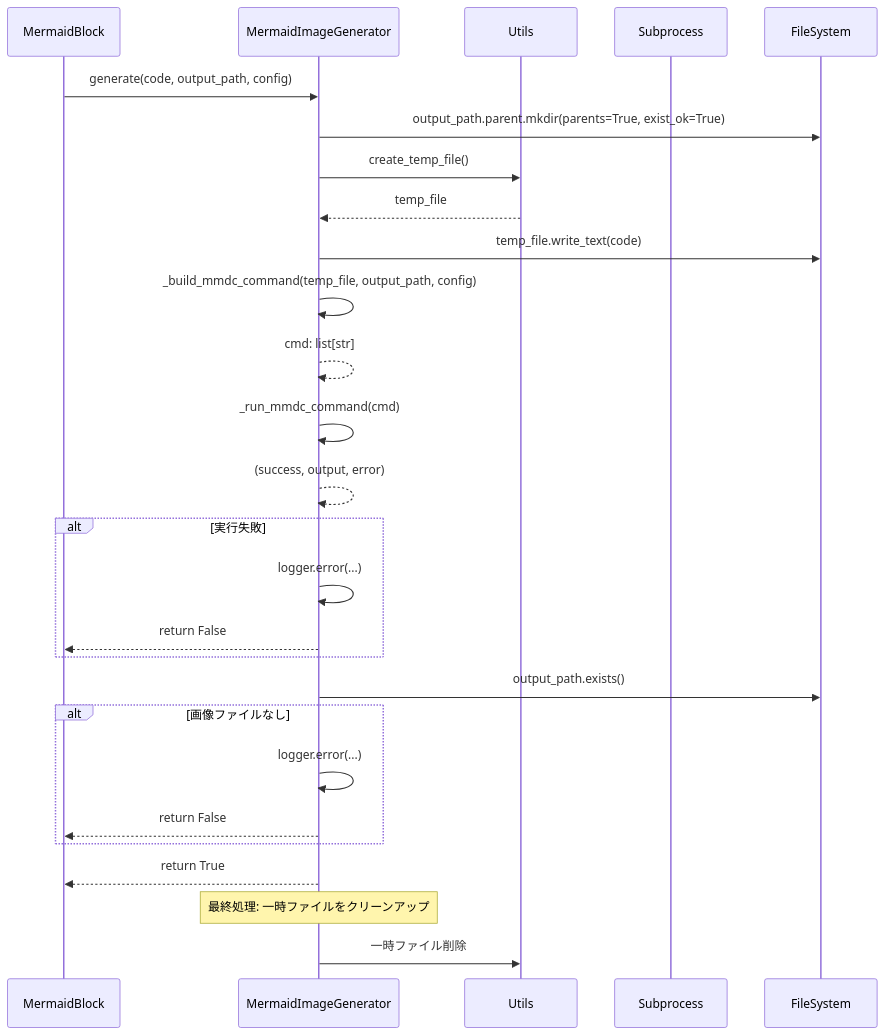
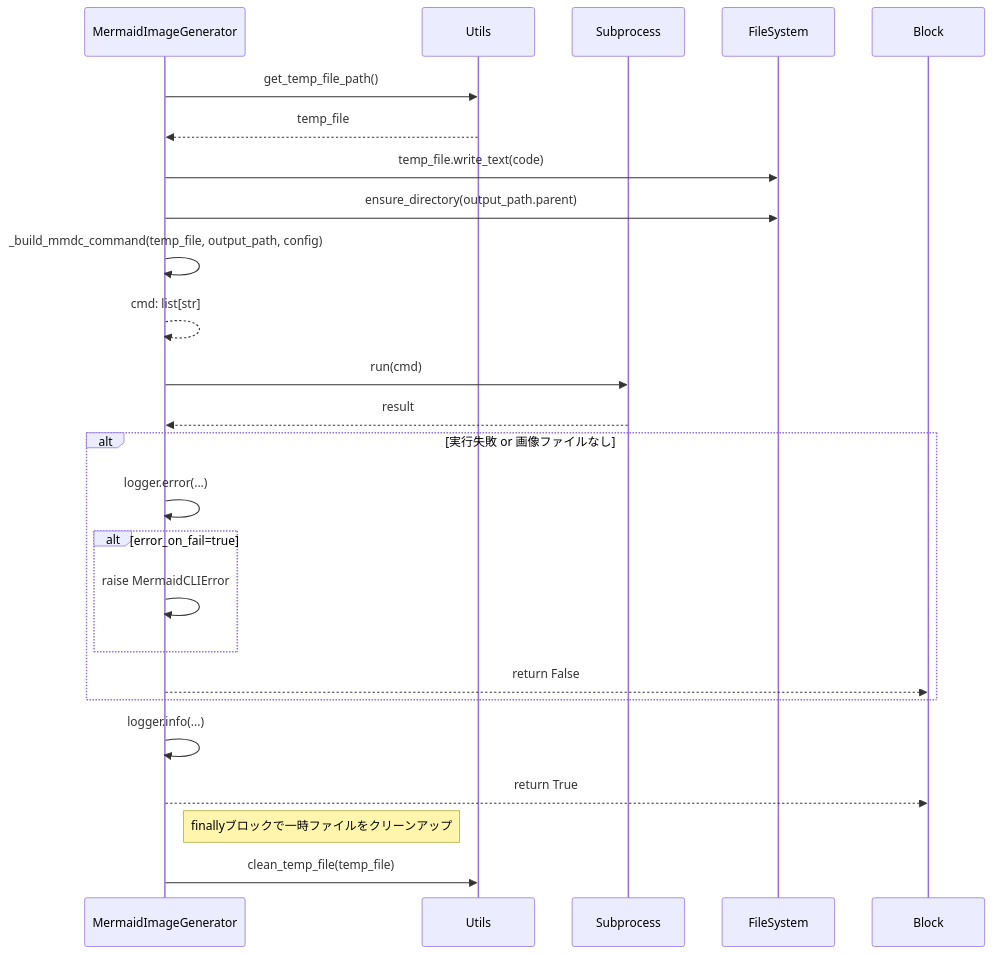
One commit to nuitsjp/mkdocs-mermaid-to-svg changed the sixth of 7 diagrams in docs/architecture.md. Above: the diagram before and after it, drawn with Mermaid. The commit also changed other lines of this file, not shown here.

````diff
--- a/docs/architecture.md
+++ b/docs/architecture.md
@@ -261,39 +264,34 @@
 ```mermaid
 sequenceDiagram
-    participant Block as MermaidBlock
     participant ImgGen as MermaidImageGenerator
     participant Utils
     participant Subprocess
     participant FileSystem
 
-    Block->>ImgGen: generate(code, output_path, config)
-
-    ImgGen->>FileSystem: output_path.parent.mkdir(parents=True, exist_ok=True)
-
-    ImgGen->>Utils: create_temp_file()
+    ImgGen->>Utils: get_temp_file_path()
     Utils-->>ImgGen: temp_file
 
     ImgGen->>FileSystem: temp_file.write_text(code)
 
+    ImgGen->>FileSystem: ensure_directory(output_path.parent)
+
     ImgGen->>ImgGen: _build_mmdc_command(temp_file, output_path, config)
     ImgGen-->>ImgGen: cmd: list[str]
 
-    ImgGen->>ImgGen: _run_mmdc_command(cmd)
-    ImgGen-->>ImgGen: (success, output, error)
+    ImgGen->>Subprocess: run(cmd)
+    Subprocess-->>ImgGen: result
 
-    alt 実行失敗
+    alt 実行失敗 or 画像ファイルなし
         ImgGen->>ImgGen: logger.error(...)
+        alt error_on_fail=true
+            ImgGen->>ImgGen: raise MermaidCLIError
+        end
         ImgGen-->>Block: return False
     end
 
-    ImgGen->>FileSystem: output_path.exists()
-    alt 画像ファイルなし
-        ImgGen->>ImgGen: logger.error(...)
-        ImgGen-->>Block: return False
-    end
-
+    ImgGen->>ImgGen: logger.info(...)
     ImgGen-->>Block: return True
 
-    note over ImgGen: 最終処理: 一時ファイルをクリーンアップ
-    ImgGen->>Utils: 一時ファイル削除
+    note right of ImgGen: finallyブロックで一時ファイルをクリーンアップ
+    ImgGen->>Utils: clean_temp_file(temp_file)
 ```
````
